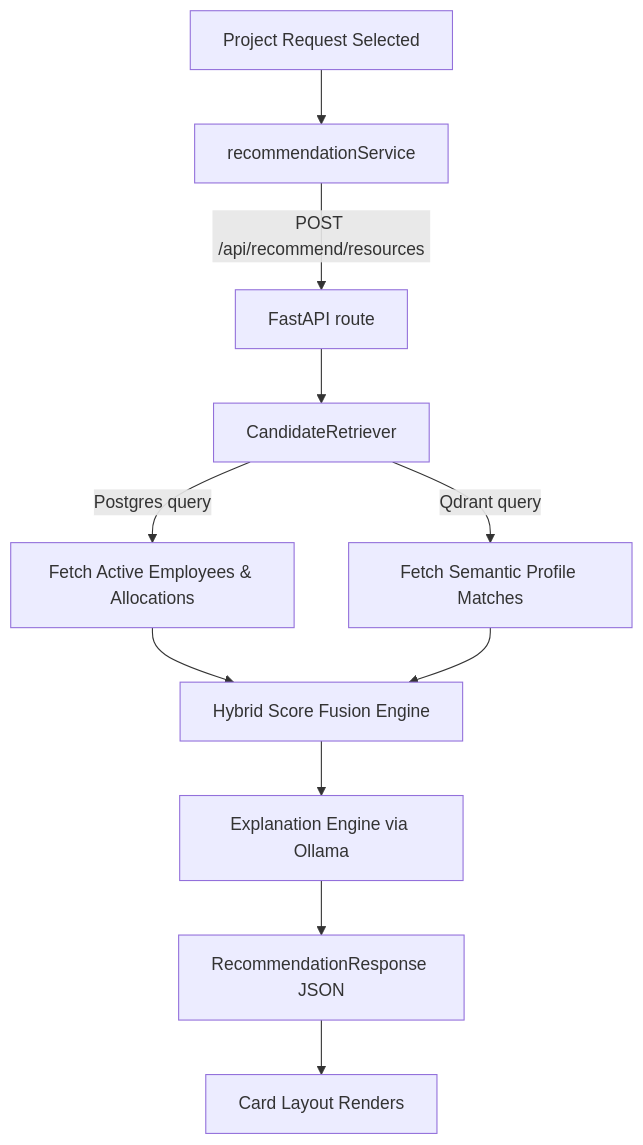
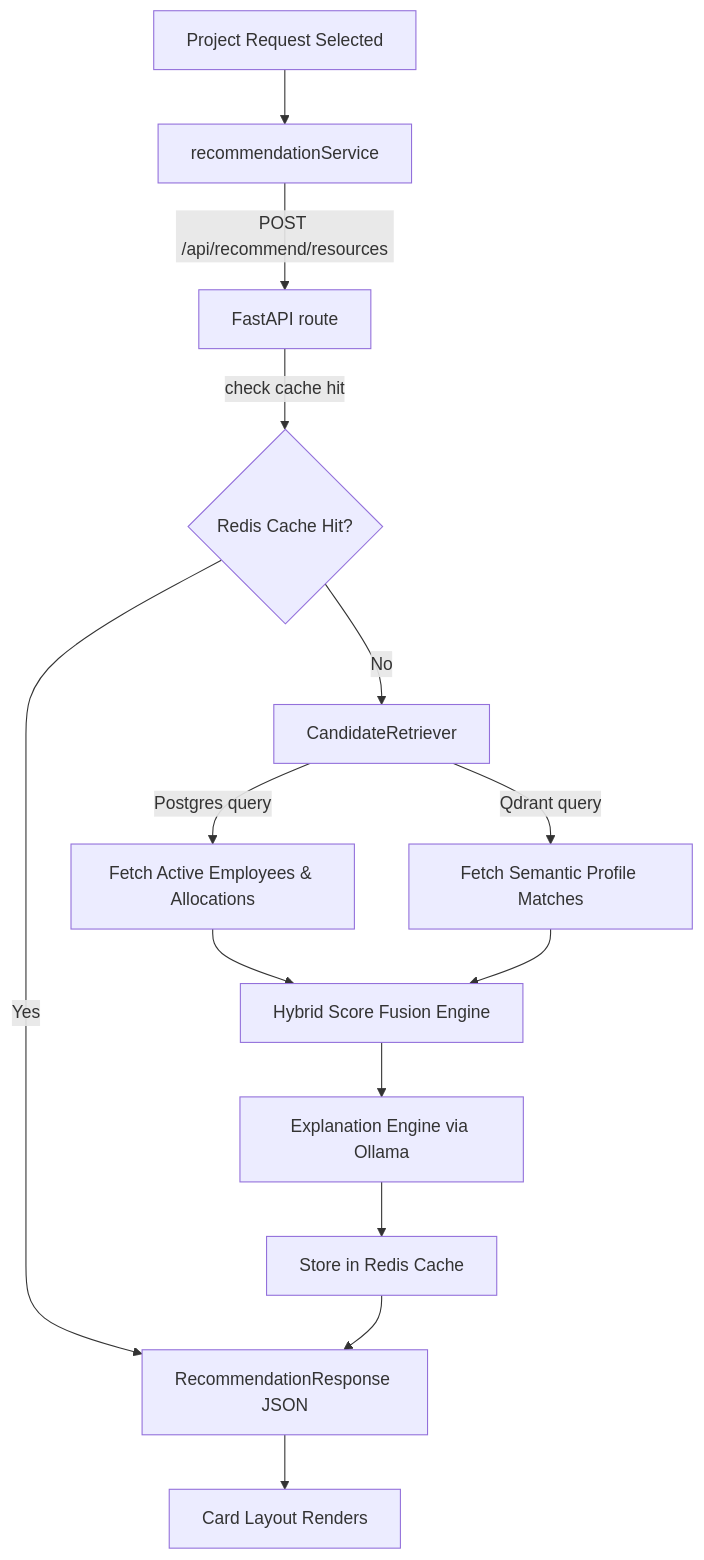
One commit to suryapratap04-jman/npc changed the third of 8 diagrams in docs/02_System_Architecture.md. Above: the diagram before and after it, drawn with Mermaid. The commit also changed other lines of this file and 33 other files, not shown here.

````diff
--- a/docs/02_System_Architecture.md
+++ b/docs/02_System_Architecture.md
@@ -34,13 +36,16 @@
 ```mermaid
 graph TD
     UI[Project Request Selected] --> Service[recommendationService]
     Service -->|POST /api/recommend/resources| FastAPI[FastAPI route]
-    FastAPI --> Retriever[CandidateRetriever]
+    FastAPI -->|check cache hit| RedisCache{Redis Cache Hit?}
+    RedisCache -->|Yes| Response[RecommendationResponse JSON]
+    RedisCache -->|No| Retriever[CandidateRetriever]
     Retriever -->|Postgres query| SQL[Fetch Active Employees & Allocations]
     Retriever -->|Qdrant query| Vector[Fetch Semantic Profile Matches]
     SQL --> Fuse[Hybrid Score Fusion Engine]
     Vector --> Fuse
     Fuse --> RAG[Explanation Engine via Ollama]
-    RAG --> Response[RecommendationResponse JSON]
+    RAG --> WriteCache[Store in Redis Cache]
+    WriteCache --> Response
     Response --> MappedUI[Card Layout Renders]
 ```
````
